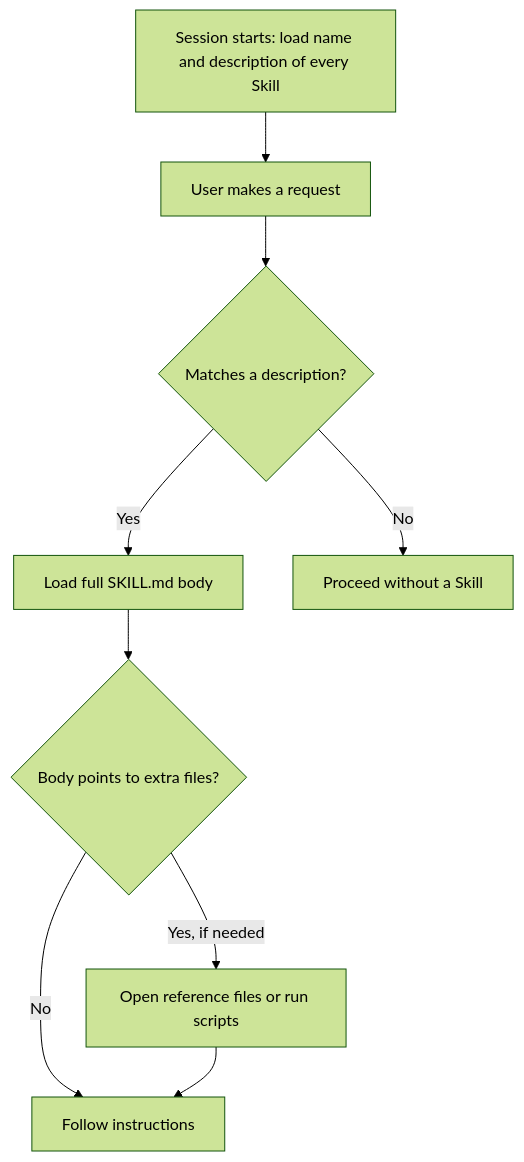
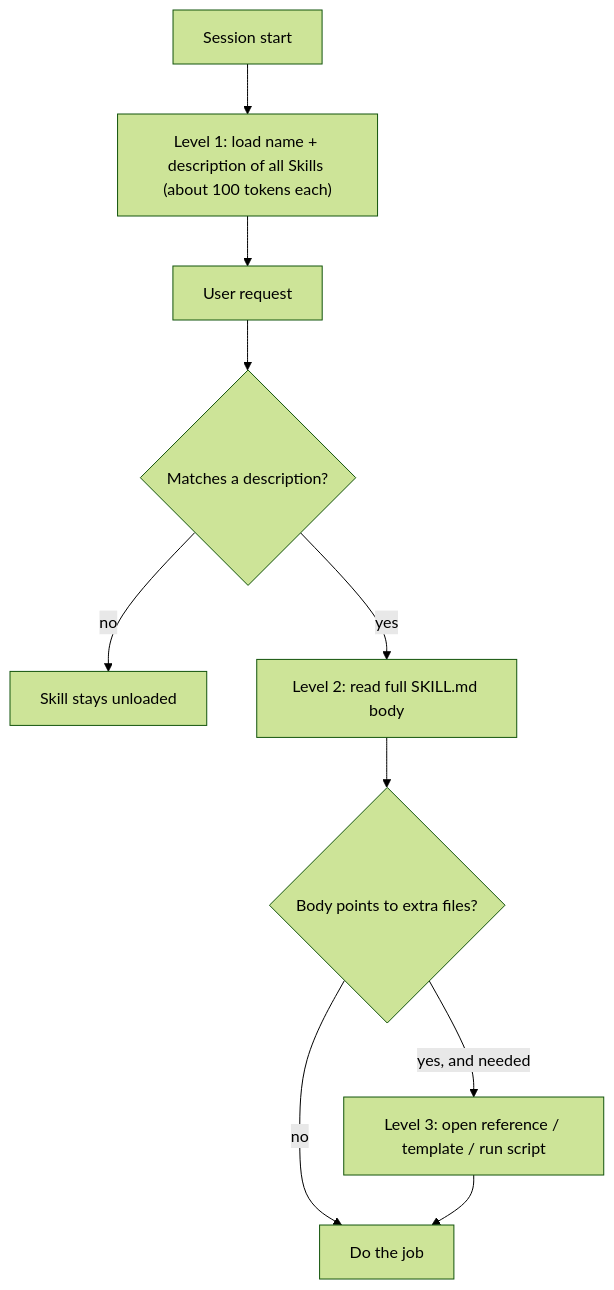
Before and after one commit to kaisarnajar/outcome-school-blogs: the first of 2 diagrams in notes/step-10-ai-agents-and-agentic-systems/128-what-are-agent-skills.md, drawn with Mermaid (forest theme). The commit also changed other lines of this file and 233 other files, not shown here.

````diff
--- a/notes/step-10-ai-agents-and-agentic-systems/128-what-are-agent-skills.md
+++ b/notes/step-10-ai-agents-and-agentic-systems/128-what-are-agent-skills.md
@@ -52,11 +61,12 @@
 ```mermaid
 flowchart TD
-    A["Session starts: load name and description of every Skill"] --> B["User makes a request"]
-    B --> C{"Matches a description?"}
-    C -->|"Yes"| D["Load full SKILL.md body"]
-    C -->|"No"| E["Proceed without a Skill"]
-    D --> F{"Body points to extra files?"}
-    F -->|"Yes, if needed"| G["Open reference files or run scripts"]
-    F -->|"No"| H["Follow instructions"]
-    G --> H
+    A["Session start"] --> L1["Level 1: load name + description of all Skills (about 100 tokens each)"]
+    L1 --> Q["User request"]
+    Q --> M{"Matches a description?"}
+    M -->|"no"| N["Skill stays unloaded"]
+    M -->|"yes"| L2["Level 2: read full SKILL.md body"]
+    L2 --> X{"Body points to extra files?"}
+    X -->|"yes, and needed"| L3["Level 3: open reference / template / run script"]
+    X -->|"no"| D["Do the job"]
+    L3 --> D
 ```
````
